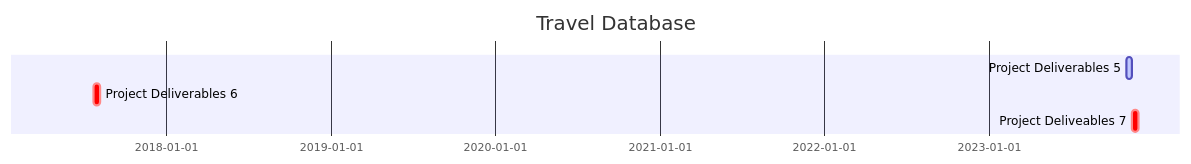
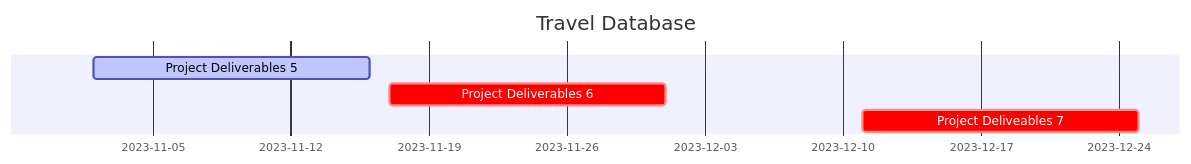
One commit to cmsc-vcu/cmsc508-fa2023-prj-traveldatabase-group changed the second of 2 diagrams in DatabaseDesign.qmd. Above: the diagram before and after it, drawn with Mermaid.

````diff
--- a/DatabaseDesign.qmd
+++ b/DatabaseDesign.qmd
@@ -384,9 +384,9 @@
 ```{mermaid}
 gantt
   dateFormat  2023-10-16
     title       Travel Database
 
      Project Deliverables 5 :active, a, 2023-11-02, 2w
-     Project Deliverables 6: crit, b, 2017-07-23, 2w
-    Project Deliveables 7 :crit, c, after b a, 2w
+     Project Deliverables 6: crit, b, 2023-11-17, 2w
+    Project Deliveables 7 :crit, c, 2023-12-11, 2w
   ```
````
